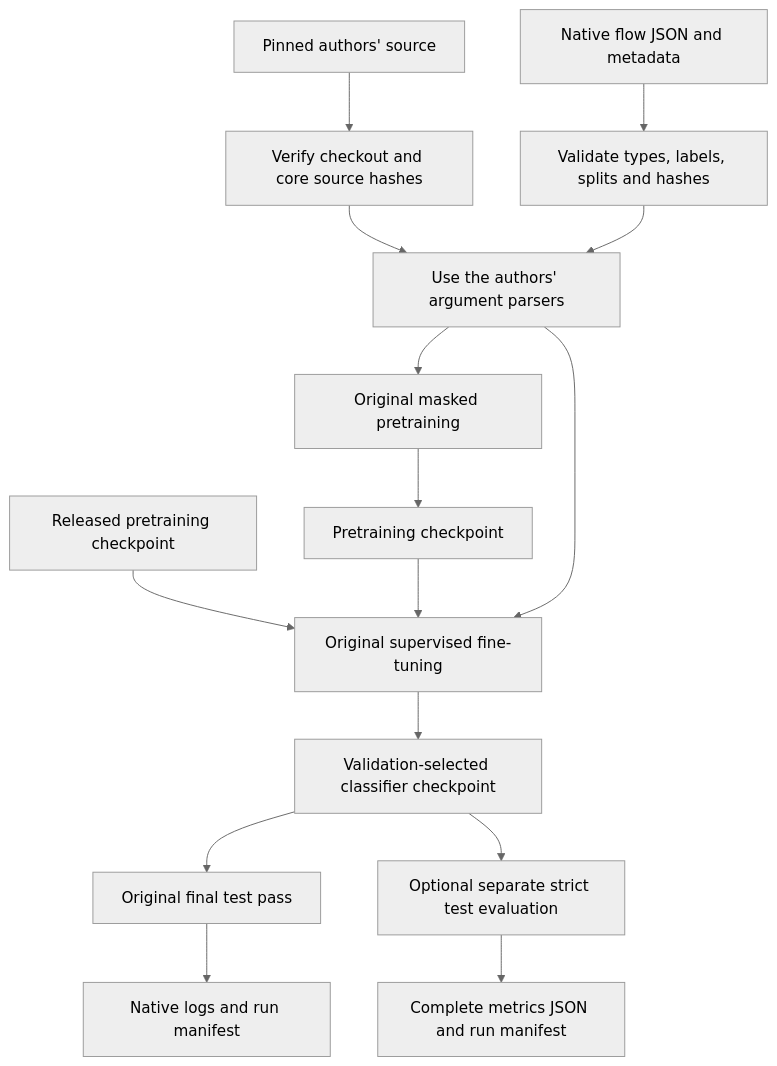
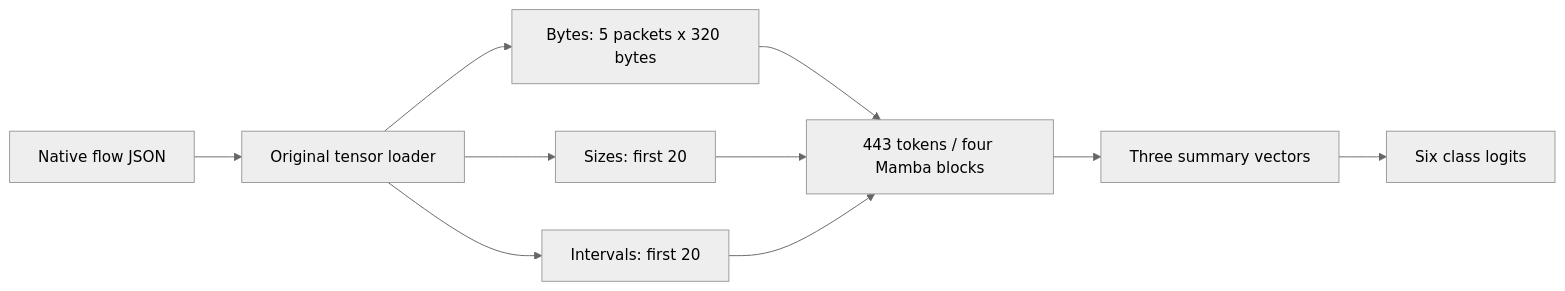
One commit to buffbeefalo/netmambaplus-reproduction changed the diagram in README.md. Above: the diagram before and after it, drawn with Mermaid (neutral theme). The commit also changed other lines of this file and 119 other files, not shown here.

Commit message:
Run NetMamba+ training and publish measured customer package

````diff
--- a/README.md
+++ b/README.md
@@ -19,17 +34,12 @@
 ```mermaid
-flowchart TD
-    D[Native flow JSON and metadata] --> V[Validate types, labels, splits and hashes]
-    S[Pinned authors' source] --> I[Verify checkout and core source hashes]
-    I --> A[Use the authors' argument parsers]
-    V --> A
-    A --> P[Original masked pretraining]
-    P --> C[Pretraining checkpoint]
-    R[Released pretraining checkpoint] --> F[Original supervised fine-tuning]
-    C --> F
-    A --> F
-    F --> B[Validation-selected classifier checkpoint]
-    B --> T[Original final test pass]
-    B --> E[Optional separate strict test evaluation]
-    T --> M[Native logs and run manifest]
-    E --> J[Complete metrics JSON and run manifest]
+flowchart LR
+    A[Native flow JSON] --> B[Original tensor loader]
+    B --> C[Bytes: 5 packets x 320 bytes]
+    B --> D[Sizes: first 20]
+    B --> E[Intervals: first 20]
+    C --> F[443 tokens / four Mamba blocks]
+    D --> F
+    E --> F
+    F --> G[Three summary vectors]
+    G --> H[Six class logits]
 ```
````
